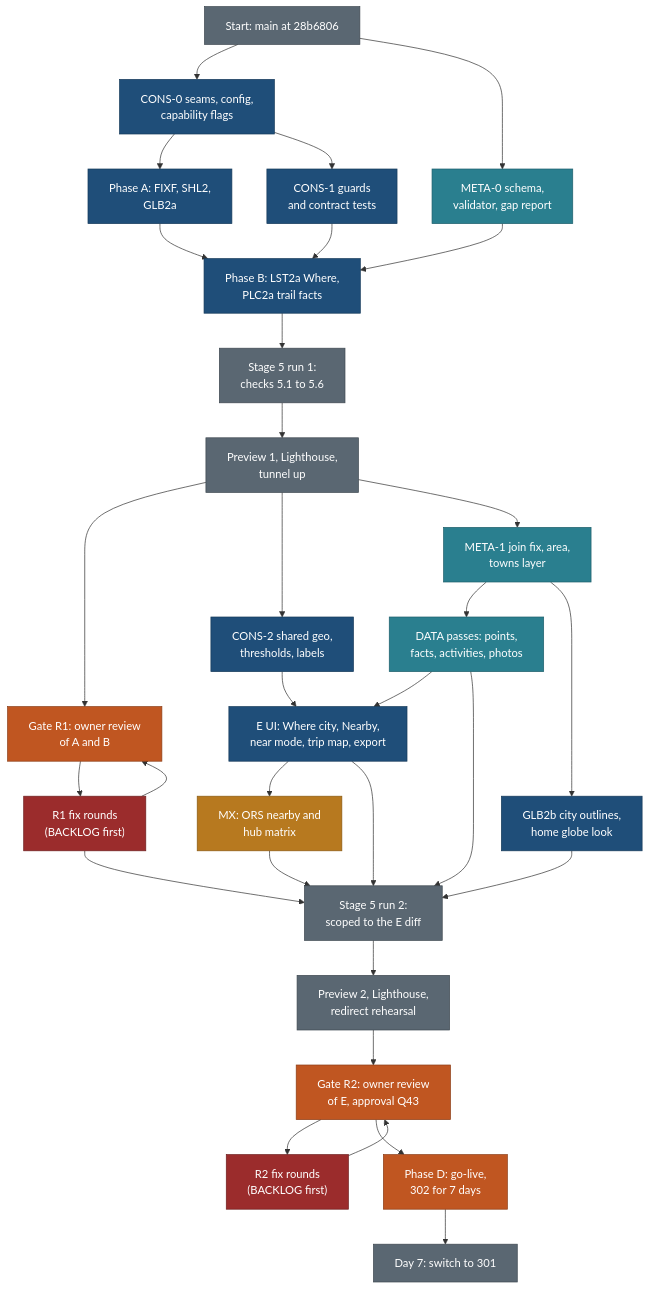
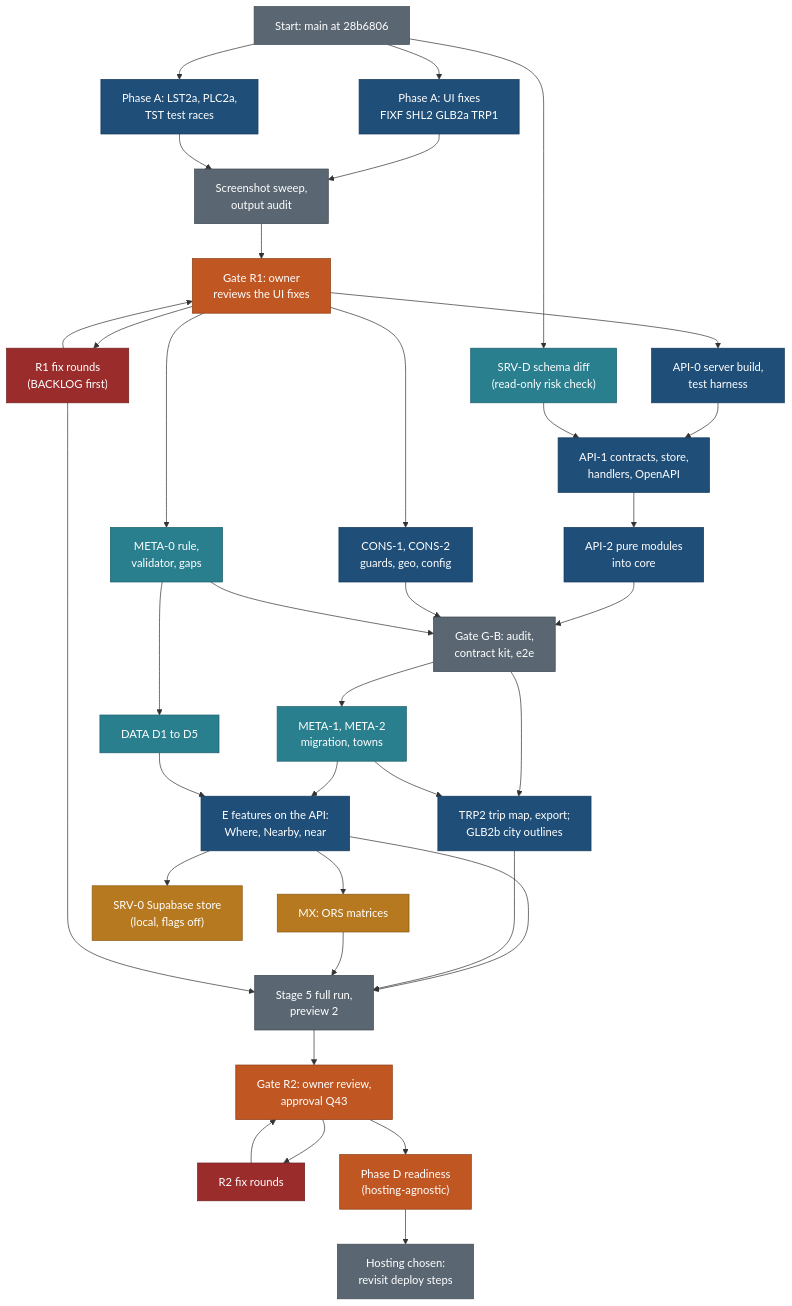
One commit to nitin27may/travel changed the diagram in docs/v2/build/public-site/EXECUTION-PLAN.md. Above: the diagram before and after it, drawn with Mermaid. The commit also changed other lines of this file and 23 other files, not shown here.

First line of the commit message:
docs(v2): rewrite execution plan (UI fixes first, API-over-JSON, SRV-0 later, hosting out of scope), coverage matrix of 244 pending items, new briefs API SRV TRP1 TST, handover

````diff
--- a/docs/v2/build/public-site/EXECUTION-PLAN.md
+++ b/docs/v2/build/public-site/EXECUTION-PLAN.md
@@ -34,50 +50,59 @@
 ```mermaid
 flowchart TD
   classDef core fill:#1F4E79,stroke:#163A5A,color:#FFFFFF
   classDef data fill:#2A7F8F,stroke:#1E5F6B,color:#FFFFFF
   classDef ext fill:#B7791F,stroke:#8A5A12,color:#FFFFFF
   classDef gate fill:#C05621,stroke:#8C3E17,color:#FFFFFF
   classDef infra fill:#5A6772,stroke:#3E4850,color:#FFFFFF
   classDef red fill:#9B2C2C,stroke:#6E1F1F,color:#FFFFFF
 
   N0["Start: main at 28b6806"]:::infra
-  C0["CONS-0 seams, config,<br/>capability flags"]:::core
-  A["Phase A: FIXF, SHL2,<br/>GLB2a"]:::core
-  B["Phase B: LST2a Where,<br/>PLC2a trail facts"]:::core
-  M0["META-0 schema,<br/>validator, gap report"]:::data
-  C1["CONS-1 guards<br/>and contract tests"]:::core
-  S51["Stage 5 run 1:<br/>checks 5.1 to 5.6"]:::infra
-  P1["Preview 1, Lighthouse,<br/>tunnel up"]:::infra
-  R1["Gate R1: owner review<br/>of A and B"]:::gate
+  SD["SRV-D schema diff<br/>(read-only risk check)"]:::data
+  A["Phase A: UI fixes<br/>FIXF SHL2 GLB2a TRP1"]:::core
+  A2["Phase A: LST2a, PLC2a,<br/>TST test races"]:::core
+  SW["Screenshot sweep,<br/>output audit"]:::infra
+  R1["Gate R1: owner<br/>reviews the UI fixes"]:::gate
   F1["R1 fix rounds<br/>(BACKLOG first)"]:::red
-  C2["CONS-2 shared geo,<br/>thresholds, labels"]:::core
-  M1["META-1 join fix, area,<br/>towns layer"]:::data
-  DT["DATA passes: points,<br/>facts, activities, photos"]:::data
-  EUI["E UI: Where city, Nearby,<br/>near mode, trip map, export"]:::core
-  G2["GLB2b city outlines,<br/>home globe look"]:::core
-  MX["MX: ORS nearby and<br/>hub matrix"]:::ext
-  S52["Stage 5 run 2:<br/>scoped to the E diff"]:::infra
-  P2["Preview 2, Lighthouse,<br/>redirect rehearsal"]:::infra
-  R2["Gate R2: owner review<br/>of E, approval Q43"]:::gate
-  F2["R2 fix rounds<br/>(BACKLOG first)"]:::red
-  D["Phase D: go-live,<br/>302 for 7 days"]:::gate
-  D7["Day 7: switch to 301"]:::infra
+  API0["API-0 server build,<br/>test harness"]:::core
+  API1["API-1 contracts, store,<br/>handlers, OpenAPI"]:::core
+  API2["API-2 pure modules<br/>into core"]:::core
+  CN["CONS-1, CONS-2<br/>guards, geo, config"]:::core
+  M0["META-0 rule,<br/>validator, gaps"]:::data
+  GB["Gate G-B: audit,<br/>contract kit, e2e"]:::infra
+  M1["META-1, META-2<br/>migration, towns"]:::data
+  DT["DATA D1 to D5"]:::data
+  EUI["E features on the API:<br/>Where, Nearby, near"]:::core
+  ETR["TRP2 trip map, export;<br/>GLB2b city outlines"]:::core
+  MX["MX: ORS matrices"]:::ext
+  S5["Stage 5 full run,<br/>preview 2"]:::infra
+  R2["Gate R2: owner review,<br/>approval Q43"]:::gate
+  F2["R2 fix rounds"]:::red
+  D["Phase D readiness<br/>(hosting-agnostic)"]:::gate
+  SRV["SRV-0 Supabase store<br/>(local, flags off)"]:::ext
+  HOST["Hosting chosen:<br/>revisit deploy steps"]:::infra
 
-  N0 --> C0 --> A --> B
-  N0 --> M0 --> B
-  C0 --> C1 --> B
-  B --> S51 --> P1 --> R1
+  N0 --> A --> SW
+  N0 --> A2 --> SW
+  N0 --> SD
+  SW --> R1
   R1 --> F1 --> R1
-  P1 --> C2 --> EUI
-  P1 --> M1 --> DT --> EUI
-  M1 --> G2
+  R1 --> API0 --> API1 --> API2 --> GB
+  R1 --> CN --> GB
+  R1 --> M0 --> GB
+  M0 --> DT
+  SD --> API1
+  GB --> M1 --> EUI
+  DT --> EUI
+  GB --> ETR
+  M1 --> ETR
   EUI --> MX
-  F1 --> S52
-  EUI --> S52
-  G2 --> S52
-  MX --> S52
-  DT --> S52
-  S52 --> P2 --> R2
+  EUI --> S5
+  ETR --> S5
+  MX --> S5
+  F1 --> S5
+  S5 --> R2
   R2 --> F2 --> R2
-  R2 --> D --> D7
+  R2 --> D
+  EUI --> SRV
+  D --> HOST
 ```
````
